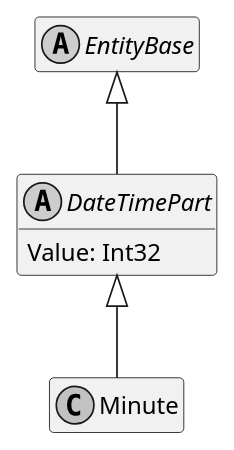
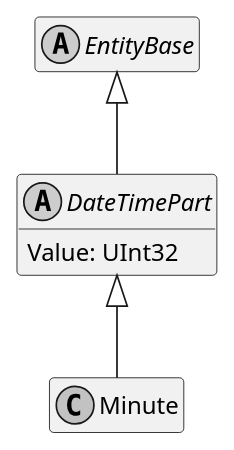
The diagram in Documentation/Generated/Models/DoofesZeug.Models.DateAndTime.Part.Time/Minute.puml (ObiWanLansi/DoofesZeug), drawn with PlantUML before and after one commit. The commit also changed 62 other files, not shown here.

```diff
--- a/Documentation/Generated/Models/DoofesZeug.Models.DateAndTime.Part.Time/Minute.puml
+++ b/Documentation/Generated/Models/DoofesZeug.Models.DateAndTime.Part.Time/Minute.puml
@@ -1,19 +1,19 @@
 @startuml
 skinparam monochrome true
 hide empty members
 
 abstract class EntityBase {
 }
 
 EntityBase <|-- DateTimePart
 
 abstract class DateTimePart {
-    Value: Int32
+    Value: UInt32
 }
 
 DateTimePart <|-- Minute
 
 class Minute {
 }
 
 @enduml
```
